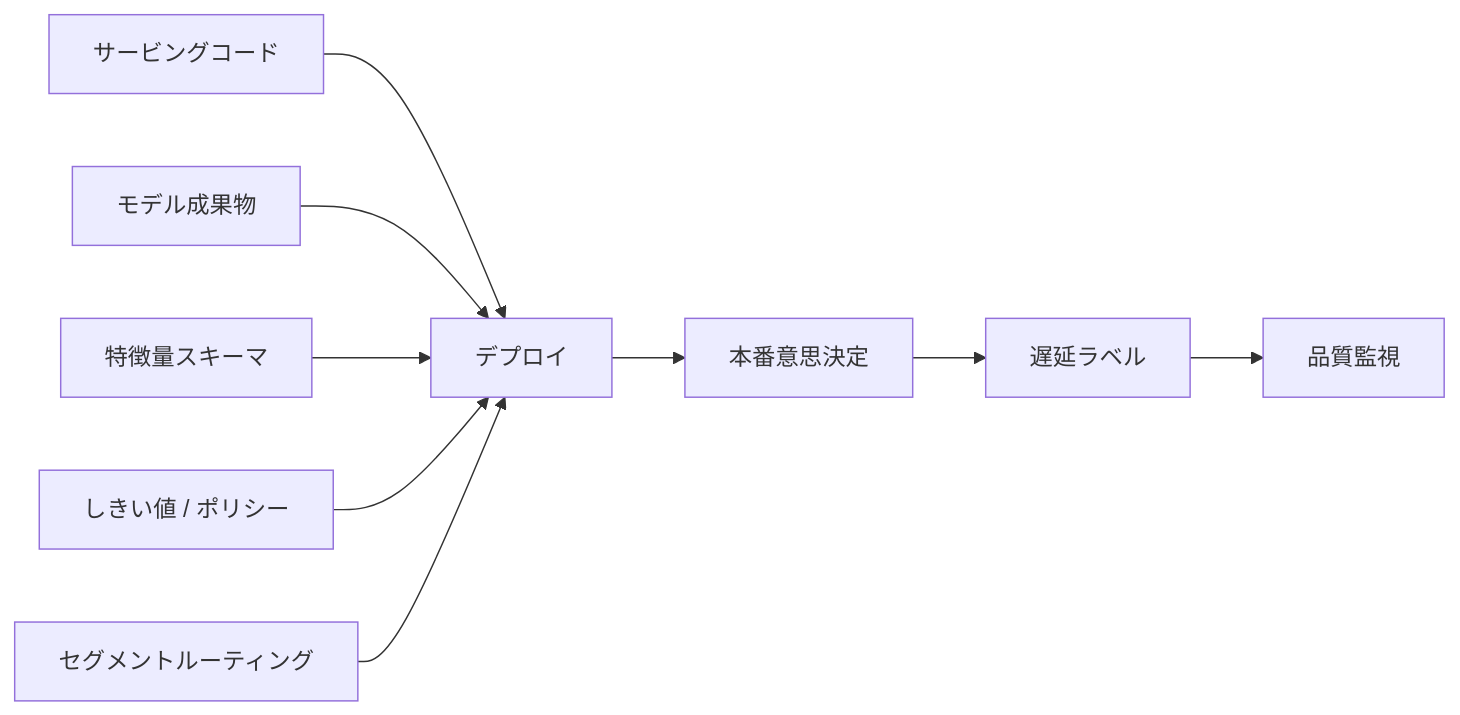
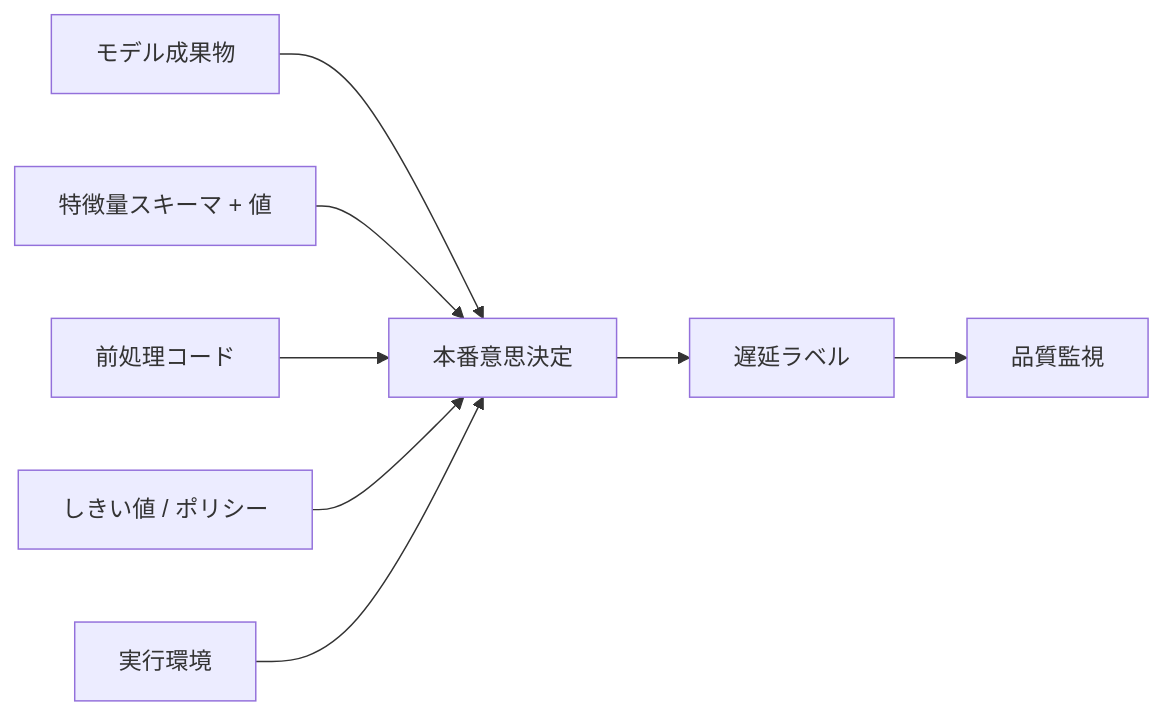
One commit to binarydevelop/system-design-patterns changed the first of 2 diagrams in ja/16-ml-systems/06-model-deployment-rollouts.md. Above: the diagram before and after it, drawn with Mermaid. The commit also changed other lines of this file and 9 other files, not shown here.

````diff
--- a/ja/16-ml-systems/06-model-deployment-rollouts.md
+++ b/ja/16-ml-systems/06-model-deployment-rollouts.md
@@ -19,11 +29,10 @@
 ```mermaid
 flowchart LR
-    CODE["サービングコード"] --> DEPLOY["デプロイ"]
-    MODEL["モデル成果物"] --> DEPLOY
-    FEAT["特徴量スキーマ"] --> DEPLOY
-    THRESH["しきい値 / ポリシー"] --> DEPLOY
-    SEG["セグメントルーティング"] --> DEPLOY
-    DEPLOY --> DECISION["本番意思決定"]
+    MODEL["モデル成果物"] --> DECISION["本番意思決定"]
+    FEAT["特徴量スキーマ + 値"] --> DECISION
+    PREP["前処理コード"] --> DECISION
+    THRESH["しきい値 / ポリシー"] --> DECISION
+    ENV["実行環境"] --> DECISION
     DECISION --> LABEL["遅延ラベル"]
     LABEL --> MON["品質監視"]
 ```
````
